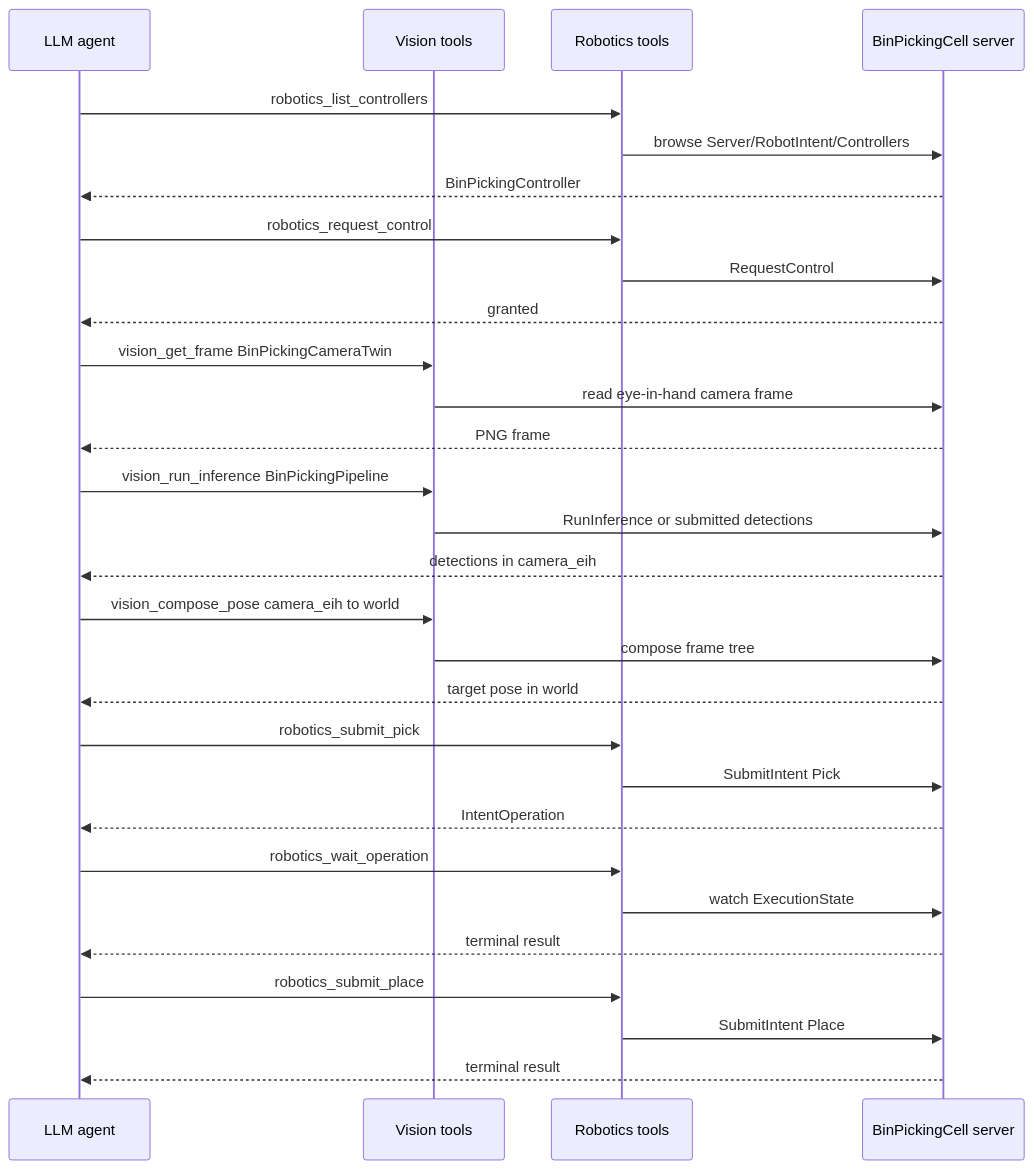
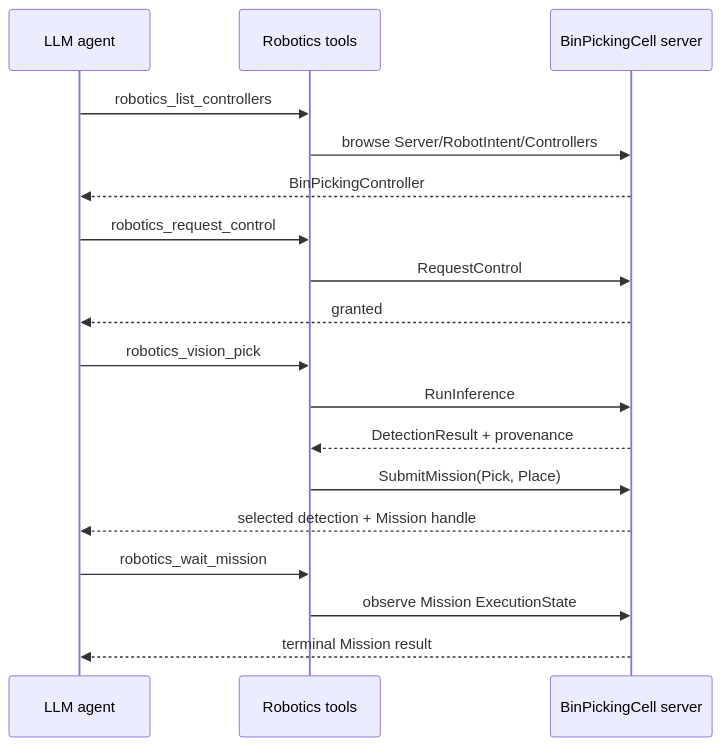
The diagram in samples/Robotics/BinPickingClient/README.md (OPCFoundation/UA-.NETStandard), drawn with Mermaid before and after one commit. The commit also changed other lines of this file and 67 other files, not shown here.

First line of the commit message:
Add typed vision-guided robotics MCP workflows

````diff
--- a/samples/Robotics/BinPickingClient/README.md
+++ b/samples/Robotics/BinPickingClient/README.md
@@ -309,32 +308,21 @@
 ```mermaid
 sequenceDiagram
     participant Agent as LLM agent
-    participant Vision as Vision tools
     participant Robotics as Robotics tools
     participant Cell as BinPickingCell server
 
     Agent->>Robotics: robotics_list_controllers
     Robotics->>Cell: browse Server/RobotIntent/Controllers
     Cell-->>Agent: BinPickingController
     Agent->>Robotics: robotics_request_control
     Robotics->>Cell: RequestControl
     Cell-->>Agent: granted
-    Agent->>Vision: vision_get_frame BinPickingCameraTwin
-    Vision->>Cell: read eye-in-hand camera frame
-    Cell-->>Agent: PNG frame
-    Agent->>Vision: vision_run_inference BinPickingPipeline
-    Vision->>Cell: RunInference or submitted detections
-    Cell-->>Agent: detections in camera_eih
-    Agent->>Vision: vision_compose_pose camera_eih to world
-    Vision->>Cell: compose frame tree
-    Cell-->>Agent: target pose in world
-    Agent->>Robotics: robotics_submit_pick
-    Robotics->>Cell: SubmitIntent Pick
-    Cell-->>Agent: IntentOperation
-    Agent->>Robotics: robotics_wait_operation
-    Robotics->>Cell: watch ExecutionState
-    Cell-->>Agent: terminal result
-    Agent->>Robotics: robotics_submit_place
-    Robotics->>Cell: SubmitIntent Place
-    Cell-->>Agent: terminal result
+    Agent->>Robotics: robotics_vision_pick
+    Robotics->>Cell: RunInference
+    Cell-->>Robotics: DetectionResult + provenance
+    Robotics->>Cell: SubmitMission(Pick, Place)
+    Cell-->>Agent: selected detection + Mission handle
+    Agent->>Robotics: robotics_wait_mission
+    Robotics->>Cell: observe Mission ExecutionState
+    Cell-->>Agent: terminal Mission result
 ```
````
